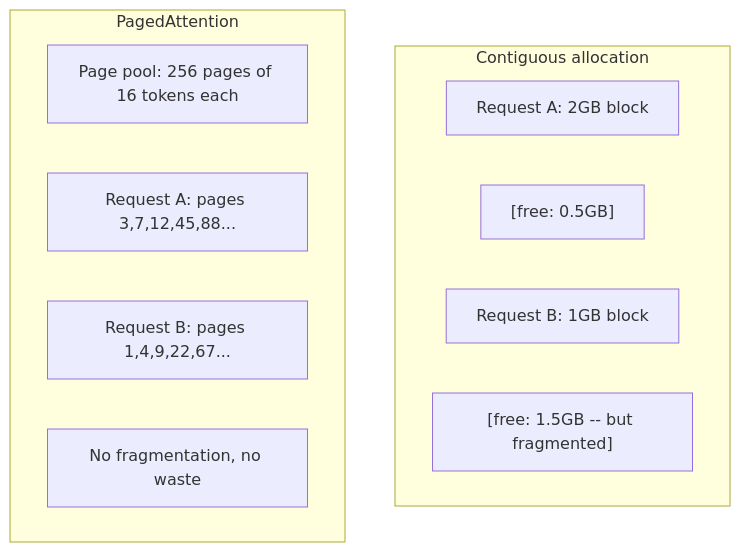
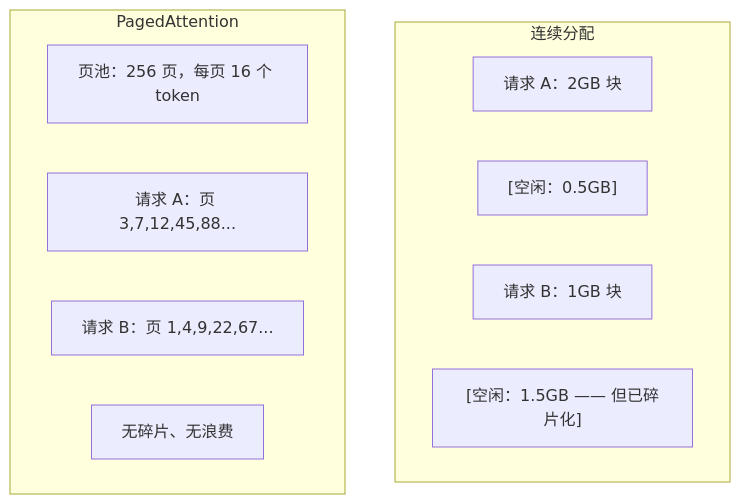
Before and after one commit to JerryC8080/ai-engineering-from-scratch-zh: the fourth of 5 diagrams in phases/10-llms-from-scratch/12-inference-optimization/docs/zh.md, drawn with Mermaid. The commit also changed other lines of this file and 156 other files, not shown here.

First line of the commit message:
i18n(zh): translate mermaid diagram labels in 157 lesson zh.md

````diff
--- a/phases/10-llms-from-scratch/12-inference-optimization/docs/zh.md
+++ b/phases/10-llms-from-scratch/12-inference-optimization/docs/zh.md
@@ -138,16 +138,16 @@
 ```mermaid
 graph TD
-    subgraph "Contiguous allocation"
-        C1["Request A: 2GB block"]
-        C2["[free: 0.5GB]"]
-        C3["Request B: 1GB block"]
-        C4["[free: 1.5GB -- but fragmented]"]
+    subgraph "连续分配"
+        C1["请求 A：2GB 块"]
+        C2["[空闲：0.5GB]"]
+        C3["请求 B：1GB 块"]
+        C4["[空闲：1.5GB —— 但已碎片化]"]
     end
 
     subgraph "PagedAttention"
-        P1["Page pool: 256 pages of 16 tokens each"]
-        P2["Request A: pages 3,7,12,45,88..."]
-        P3["Request B: pages 1,4,9,22,67..."]
-        P4["No fragmentation, no waste"]
+        P1["页池：256 页，每页 16 个 token"]
+        P2["请求 A：页 3,7,12,45,88..."]
+        P3["请求 B：页 1,4,9,22,67..."]
+        P4["无碎片、无浪费"]
     end
 ```
````
